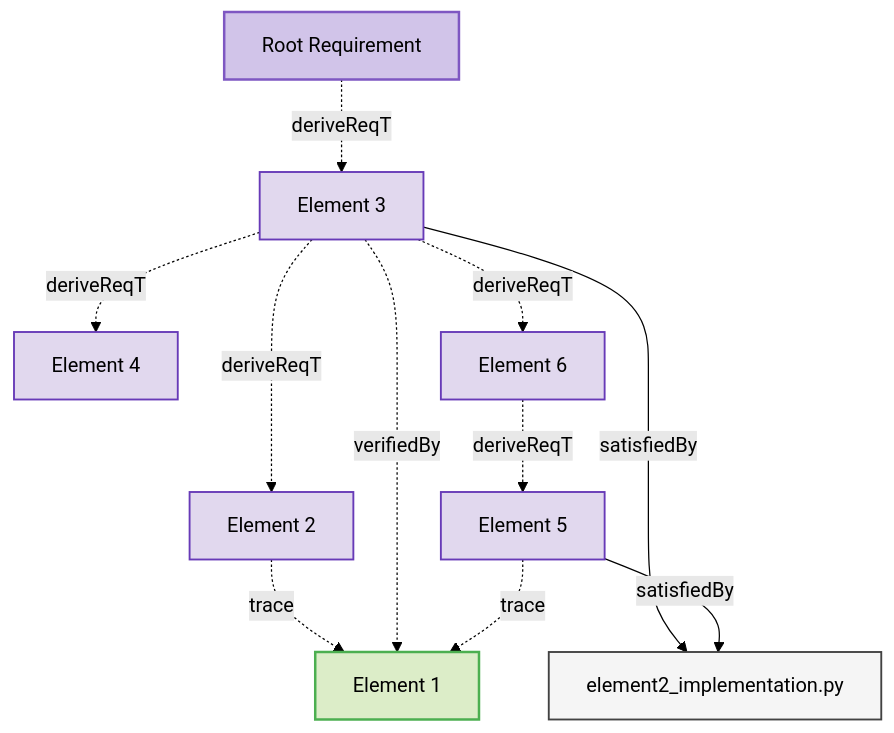
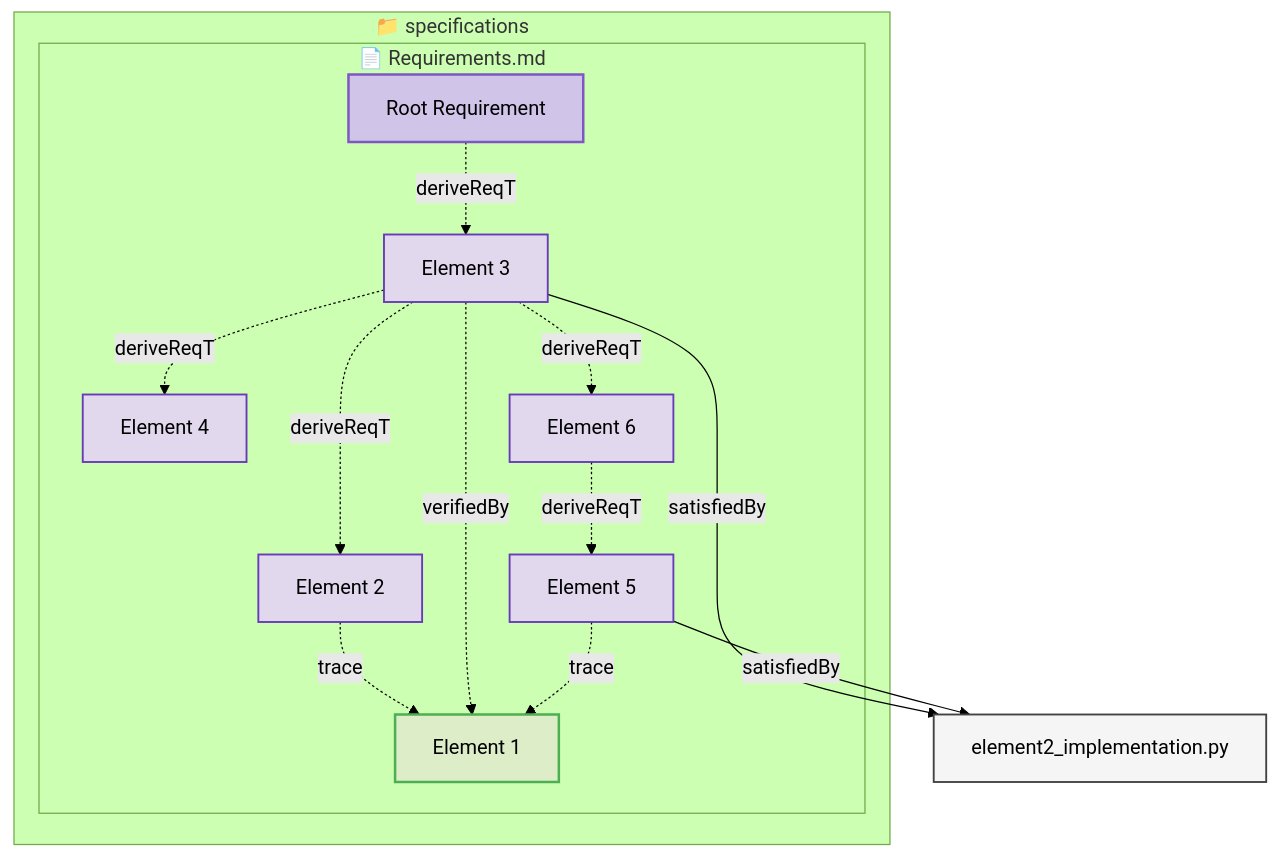
The diagram in tests/test-diagram-generation/expected/Requirements.md (reqvire-org/reqvire), drawn with Mermaid (forest theme) before and after one commit. The commit also changed 16 other files, not shown here.

First line of the commit message:
Add containment structure to all mermaid diagrams

````diff
--- a/tests/test-diagram-generation/expected/Requirements.md
+++ b/tests/test-diagram-generation/expected/Requirements.md
@@ -3,47 +3,50 @@
 ```mermaid
 graph TD;
   %% REQVIRE-AUTOGENERATED-DIAGRAM
   %% Graph styling
   classDef userRequirement fill:#D1C4E9,stroke:#7E57C2,stroke-width:2px;
   classDef systemRequirement fill:#E1D8EE,stroke:#673AB7,stroke-width:1.5px;
   classDef verification fill:#DCEDC8,stroke:#4CAF50,stroke-width:2px;
+  classDef folder fill:#FAFAFA,stroke:#9E9E9E,stroke-width:3px;
+  classDef file fill:#FFF8E1,stroke:#FFCA28,stroke-width:2px;
   classDef default fill:#F5F5F5,stroke:#424242,stroke-width:1.5px;
 
-  cf79434a22b1507e["Element 1"];
-  class cf79434a22b1507e verification;
-  click cf79434a22b1507e "Requirements.md#element-1";
-  1079434a22b1507e["Element 2"];
-  class 1079434a22b1507e systemRequirement;
-  click 1079434a22b1507e "Requirements.md#element-2";
+  subgraph b4c308bac4df6d65["📁 specifications"]
+    subgraph 5dfefa354ee9a4f5["📄 Requirements.md"]
+      cf79434a22b1507e["Element 1"];
+      class cf79434a22b1507e verification;
+      click cf79434a22b1507e "Requirements.md#element-1";
+      1079434a22b1507e["Element 2"];
+      class 1079434a22b1507e systemRequirement;
+      click 1079434a22b1507e "Requirements.md#element-2";
+      a579434a22b1507e["Element 3"];
+      class a579434a22b1507e systemRequirement;
+      click a579434a22b1507e "Requirements.md#element-3";
+      8e79434a22b1507e["Element 4"];
+      class 8e79434a22b1507e systemRequirement;
+      click 8e79434a22b1507e "Requirements.md#element-4";
+      2379434a22b1507e["Element 5"];
+      class 2379434a22b1507e systemRequirement;
+      click 2379434a22b1507e "Requirements.md#element-5";
+      6479434a22b1507e["Element 6"];
+      class 6479434a22b1507e systemRequirement;
+      click 6479434a22b1507e "Requirements.md#element-6";
+      b03c0ee6775eb521["Root Requirement"];
+      class b03c0ee6775eb521 userRequirement;
+      click b03c0ee6775eb521 "Requirements.md#root-requirement";
+    end
+  end
   1079434a22b1507e -.->|trace| cf79434a22b1507e;
-  a579434a22b1507e["Element 3"];
-  class a579434a22b1507e systemRequirement;
-  click a579434a22b1507e "Requirements.md#element-3";
   a579434a22b1507e -.->|deriveReqT| 1079434a22b1507e;
-  8e79434a22b1507e["Element 4"];
-  class 8e79434a22b1507e systemRequirement;
-  click 8e79434a22b1507e "Requirements.md#element-4";
   a579434a22b1507e -.->|deriveReqT| 8e79434a22b1507e;
-  6479434a22b1507e["Element 6"];
-  class 6479434a22b1507e systemRequirement;
-  click 6479434a22b1507e "Requirements.md#element-6";
   a579434a22b1507e -.->|deriveReqT| 6479434a22b1507e;
   2de23bdcc3c1bb08["element2_implementation.py"];
   class 2de23bdcc3c1bb08 default;
   click 2de23bdcc3c1bb08 "element2_implementation.py";
   a579434a22b1507e -->|satisfiedBy| 2de23bdcc3c1bb08;
   a579434a22b1507e -.->|verifiedBy| cf79434a22b1507e;
-  2379434a22b1507e["Element 5"];
-  class 2379434a22b1507e systemRequirement;
-  click 2379434a22b1507e "Requirements.md#element-5";
-  2de23bdcc3c1bb08["element2_implementation.py"];
-  class 2de23bdcc3c1bb08 default;
-  click 2de23bdcc3c1bb08 "element2_implementation.py";
   2379434a22b1507e -->|satisfiedBy| 2de23bdcc3c1bb08;
   2379434a22b1507e -.->|trace| cf79434a22b1507e;
   6479434a22b1507e -.->|deriveReqT| 2379434a22b1507e;
-  b03c0ee6775eb521["Root Requirement"];
-  class b03c0ee6775eb521 userRequirement;
-  click b03c0ee6775eb521 "Requirements.md#root-requirement";
   b03c0ee6775eb521 -.->|deriveReqT| a579434a22b1507e;
 ```
````
